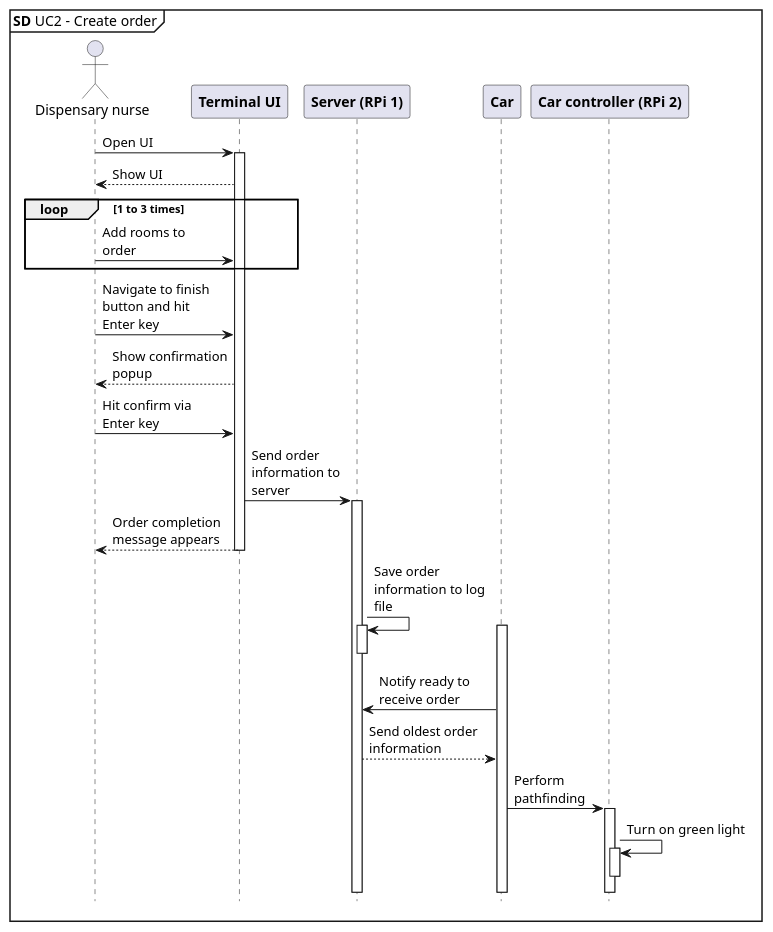
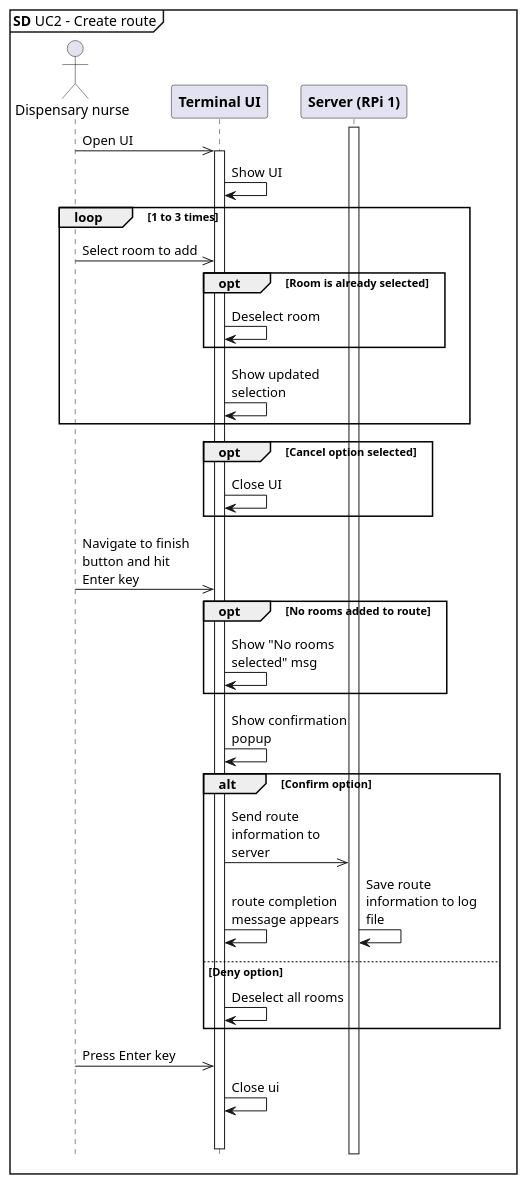
One commit to lineklemensen/PRJ3 changed the diagram in docs/diagrams/Plantuml/System architecture/UC2 - system SD.puml. Above: the diagram before and after it, drawn with PlantUML.

```diff
--- a/docs/diagrams/Plantuml/System architecture/UC2 - system SD.puml
+++ b/docs/diagrams/Plantuml/System architecture/UC2 - system SD.puml
@@ -1,42 +1,53 @@
-@startuml SystemSD UC2 - Create order
-
-mainframe **SD** UC2 - Create order
+@startuml SystemSD UC2 - Create route
+!pragma teoz true
+mainframe **SD** UC2 - Create route
 hide footbox
 
 skinparam {
     MaxMessageSize 120
 }
 
-
 actor "Dispensary nurse" as dn
 
 participant "**Terminal UI**" as ui
 participant "**Server (RPi 1)**" as srv
-participant "**Car**" as car
-participant "**Car controller (RPi 2)**" as carCon
-'participant "**HBridge**" as HBridge
-'participant "**Motor**" as Motor
 
-dn -> ui++ : Open UI
-ui --> dn : Show UI
+srv++
+dn ->> ui++ : Open UI
+ui -> ui : Show UI
 
 loop 1 to 3 times
-    dn -> ui : Add rooms to order
+    dn ->> ui : Select room to add
+    opt Room is already selected
+        ui -> ui : Deselect room
+    end
+    ui -> ui : Show updated selection
 end
 
-dn -> ui : Navigate to finish button and hit Enter key
-ui --> dn :  Show confirmation popup
-dn -> ui : Hit confirm via Enter key
+opt Cancel option selected
+    ui -> ui : Close UI
+end
 
-ui -> srv++ : Send order information to server
-ui --> dn : Order completion message appears
+dn ->> ui : Navigate to finish button and hit Enter key
+
+opt No rooms added to route
+    ui -> ui : Show "No rooms selected" msg
+
+end
+
+ui -> ui :  Show confirmation popup
+alt Confirm option
+    ui ->> srv : Send route information to server
+    ui -> ui : route completion message appears
+    & srv -> srv : Save route information to log file
+
+else Deny option
+    ui -> ui : Deselect all rooms
+end
+dn ->> ui : Press Enter key
+
+ui -> ui : Close ui
+|||
 ui--
 
-srv -> srv++-- : Save order information to log file
-car++
-car -> srv : Notify ready to receive order
-srv --> car : Send oldest order information
-car -> carCon++ : Perform pathfinding
-carCon -> carCon++-- : Turn on green light
-
 @enduml
```
